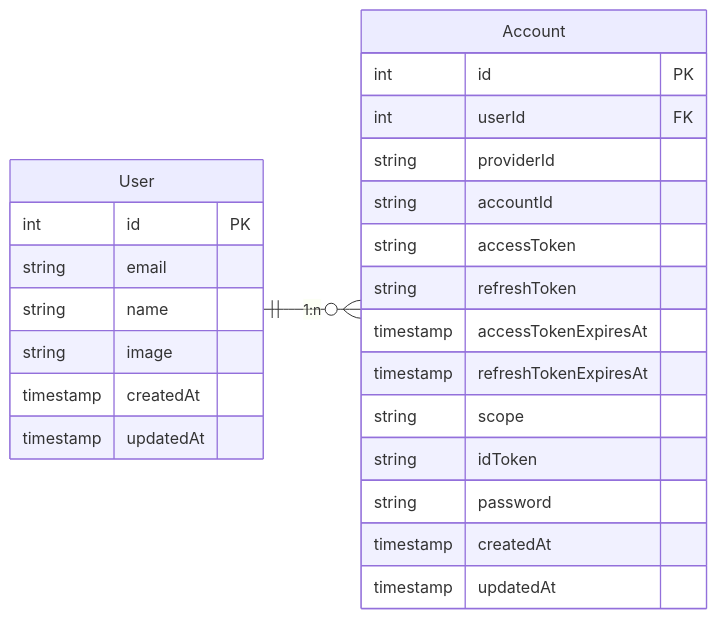
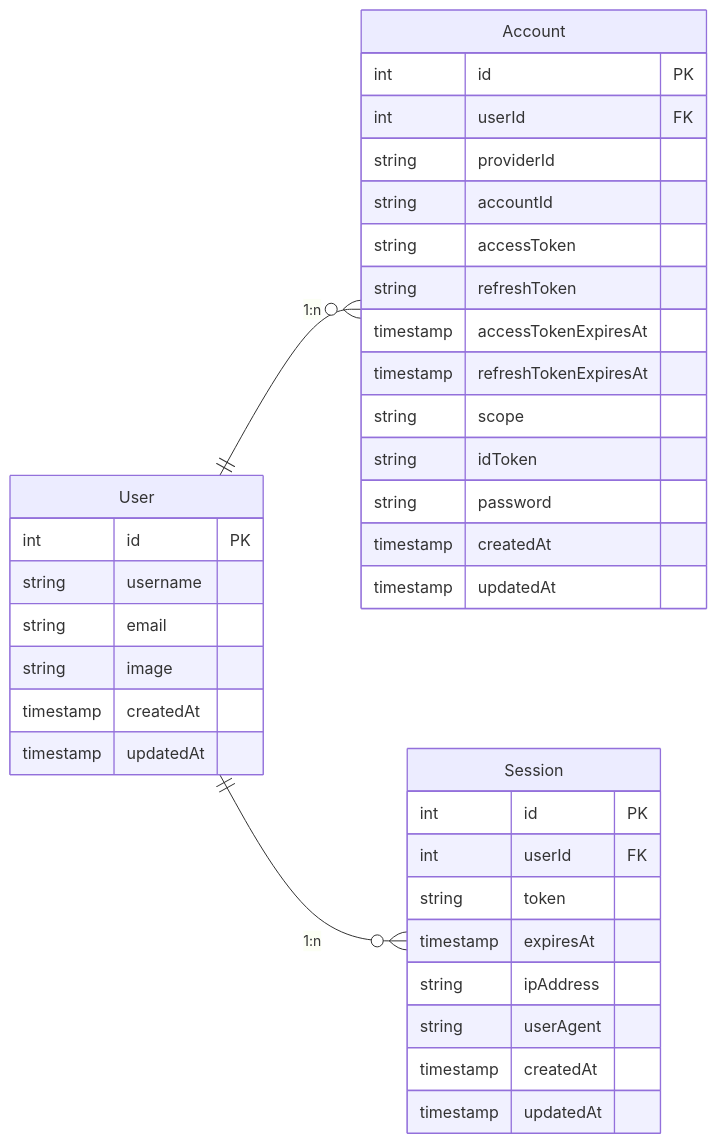
The diagram in docs/development/database.md (shevtsod/sketched), drawn with Mermaid before and after one commit. The commit also changed other lines of this file and 117 other files, not shown here.

````diff
--- a/docs/development/database.md
+++ b/docs/development/database.md
@@ -5,35 +6,47 @@
 ```mermaid
 erDiagram
   direction LR
 
   %% Tables
 
   Account {
     int id PK
     int userId FK
     string providerId
     string accountId
     string accessToken
     string refreshToken
     timestamp accessTokenExpiresAt
     timestamp refreshTokenExpiresAt
     string scope
     string idToken
     string password
     timestamp createdAt
     timestamp updatedAt
   }
 
+  Session {
+    int id PK
+    int userId FK
+    string token
+    timestamp expiresAt
+    string ipAddress
+    string userAgent
+    timestamp createdAt
+    timestamp updatedAt
+  }
+
   User {
     int id PK
+    string username
     string email
-    string name
     string image
     timestamp createdAt
     timestamp updatedAt
   }
 
   %% Relationships
 
   User ||--o{ Account : "1:n"
+  User ||--o{ Session : "1:n"
 ```
````
